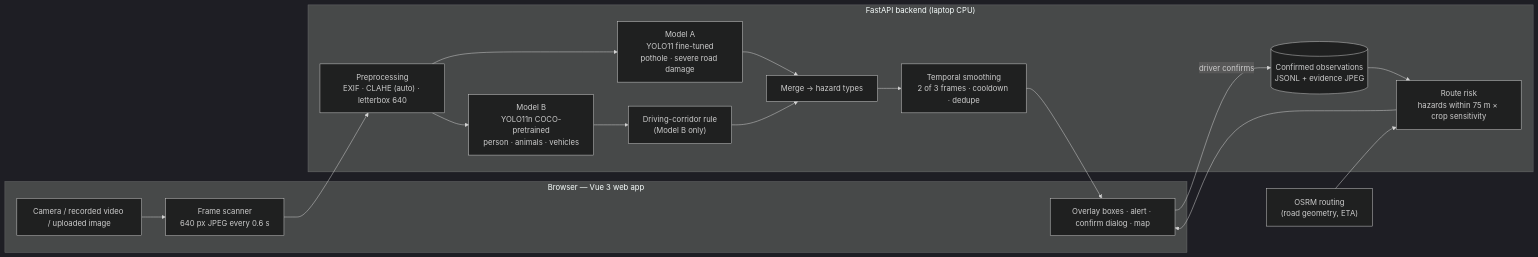
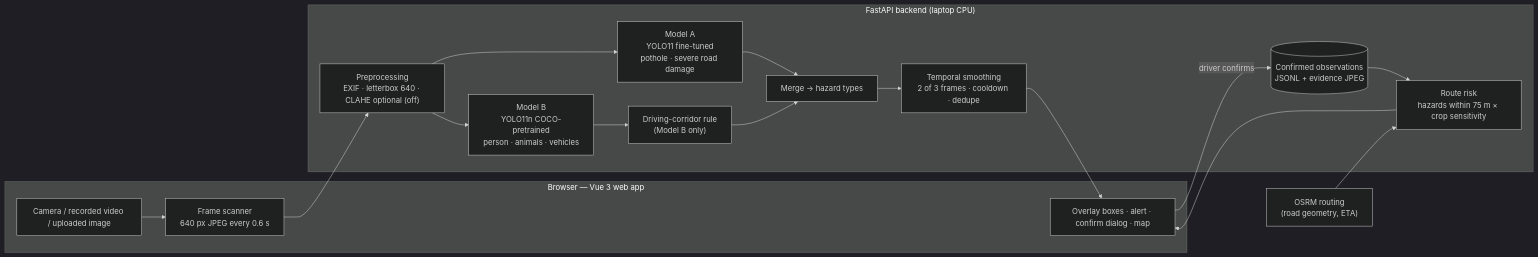
Before and after one commit to Nezraaaa/AniRoute: the first of 2 diagrams in docs/SYSTEM_OVERVIEW.md, drawn with Mermaid (dark theme). The commit also changed other lines of this file and 86 other files, not shown here.

````diff
--- a/docs/SYSTEM_OVERVIEW.md
+++ b/docs/SYSTEM_OVERVIEW.md
@@ -5,26 +5,26 @@
 ```mermaid
 flowchart LR
     subgraph Browser["Browser — Vue 3 web app"]
         CAM["Camera / recorded video / uploaded image"]
         SCAN["Frame scanner<br/>640 px JPEG every 0.6 s"]
         UI["Overlay boxes · alert · confirm dialog · map"]
     end
     subgraph API["FastAPI backend (laptop CPU)"]
-        PRE["Preprocessing<br/>EXIF · CLAHE (auto) · letterbox 640"]
+        PRE["Preprocessing<br/>EXIF · letterbox 640 · CLAHE optional (off)"]
         A["Model A<br/>YOLO11 fine-tuned<br/>pothole · severe road damage"]
         B["Model B<br/>YOLO11n COCO-pretrained<br/>person · animals · vehicles"]
         ROI["Driving-corridor rule<br/>(Model B only)"]
         MERGE["Merge → hazard types"]
         SMOOTH["Temporal smoothing<br/>2 of 3 frames · cooldown · dedupe"]
         STORE[("Confirmed observations<br/>JSONL + evidence JPEG")]
         RISK["Route risk<br/>hazards within 75 m × crop sensitivity"]
     end
     OSRM["OSRM routing<br/>(road geometry, ETA)"]
 
     CAM --> SCAN --> PRE
     PRE --> A --> MERGE
     PRE --> B --> ROI --> MERGE
     MERGE --> SMOOTH --> UI
     UI -- "driver confirms" --> STORE --> RISK
     OSRM --> RISK --> UI
 ```
````
